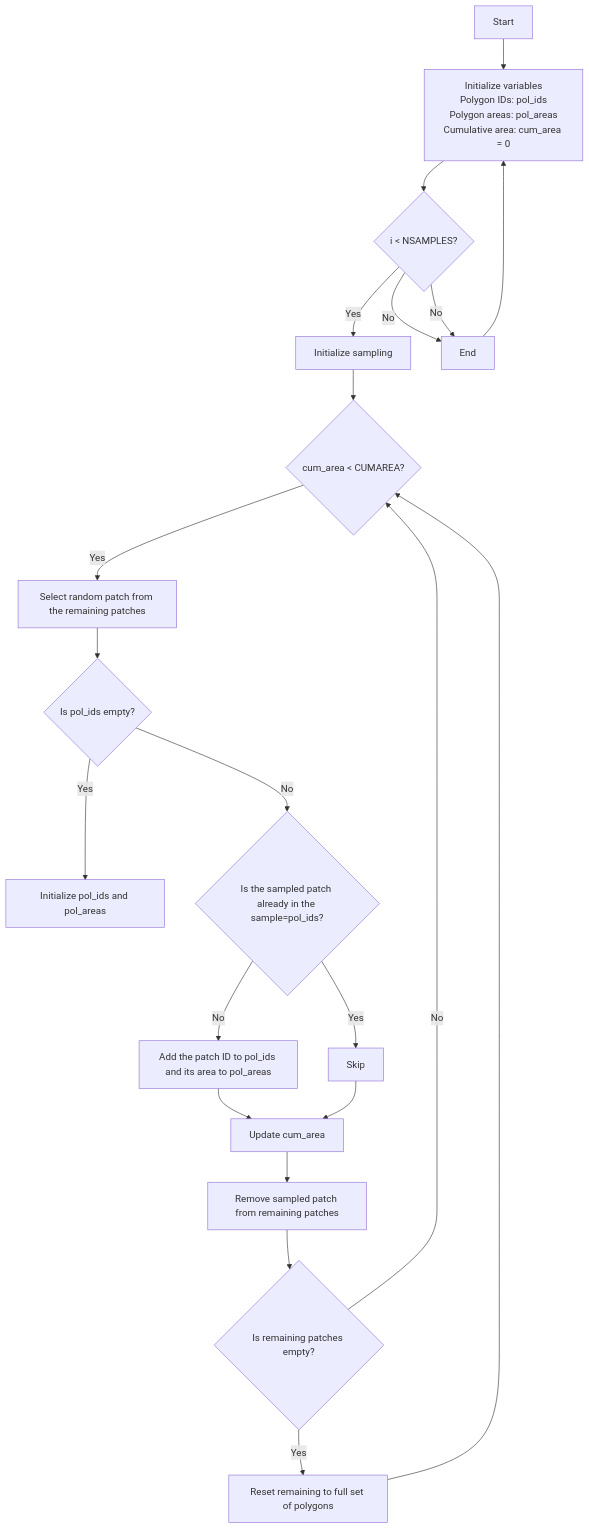
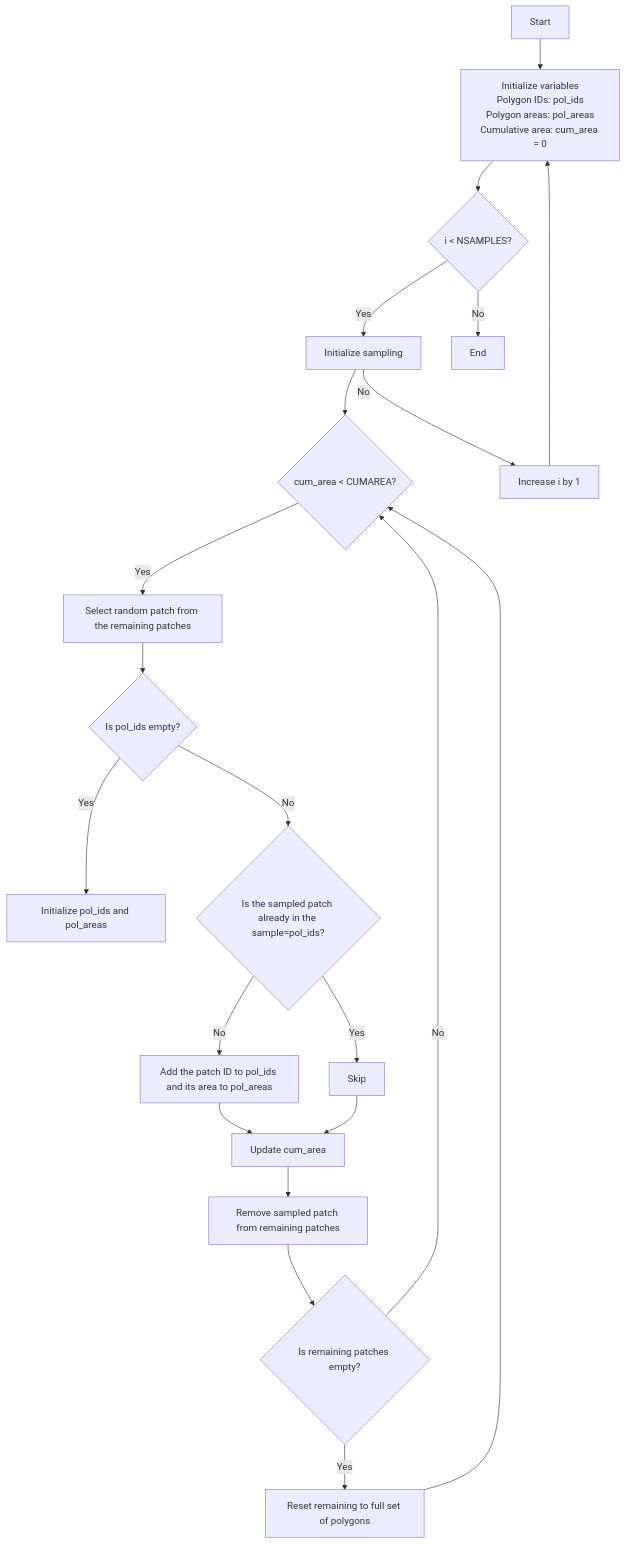
One commit to ManuelPopp/ZHConnect changed the second of 2 diagrams in README.md. Above: the diagram before and after it, drawn with Mermaid.

````diff
--- a/README.md
+++ b/README.md
@@ -46,23 +46,23 @@
 ```mermaid
 flowchart TD
   A[Start] --> B[Initialize variables<br>Polygon IDs: pol_ids<br>Polygon areas: pol_areas<br>Cumulative area: cum_area = 0]
   B --> C{i < NSAMPLES?}
   C -- Yes --> D[Initialize sampling]
   D --> E{cum_area < CUMAREA?}
-  C -- No --> P[Increase i by 1]
-  P --> B
+  D -- No --> Z[Increase i by 1]
+  Z --> B
   E -- Yes --> F[Select random patch from the remaining patches]
   F --> G{Is pol_ids empty?}
   G -- Yes --> I[Initialize pol_ids and pol_areas]
   G -- No --> H{Is the sampled patch already in the sample=pol_ids?}
   H -- No --> J[Add the patch ID to pol_ids and its area to pol_areas]
   H -- Yes --> K[Skip]
   J --> L[Update cum_area]
   K --> L
   L --> M[Remove sampled patch from remaining patches]
   M --> N{Is remaining patches empty?}
   N -- Yes --> O[Reset remaining to full set of polygons]
   N -- No --> E
   O --> E
   C -- No --> P[End]
 ```
````
